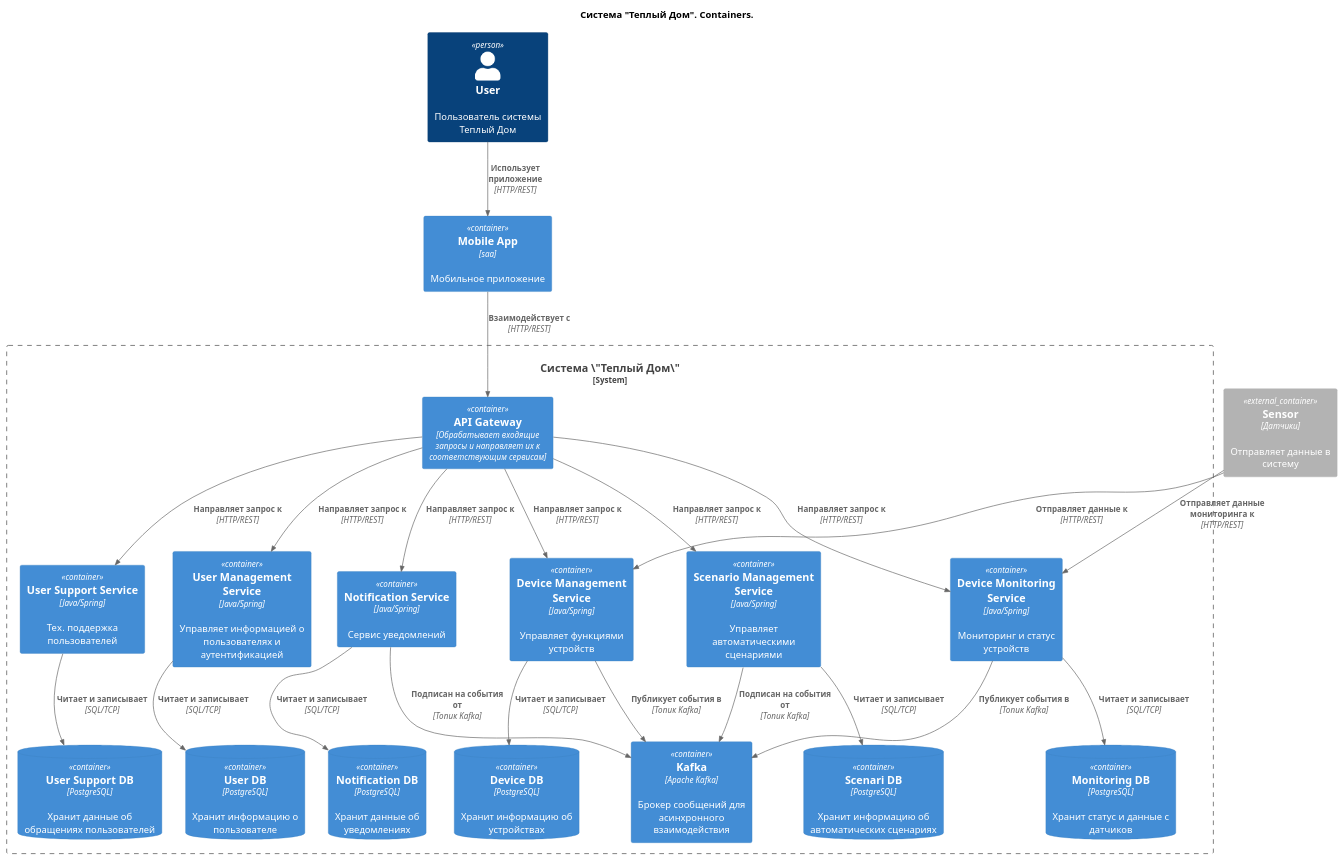
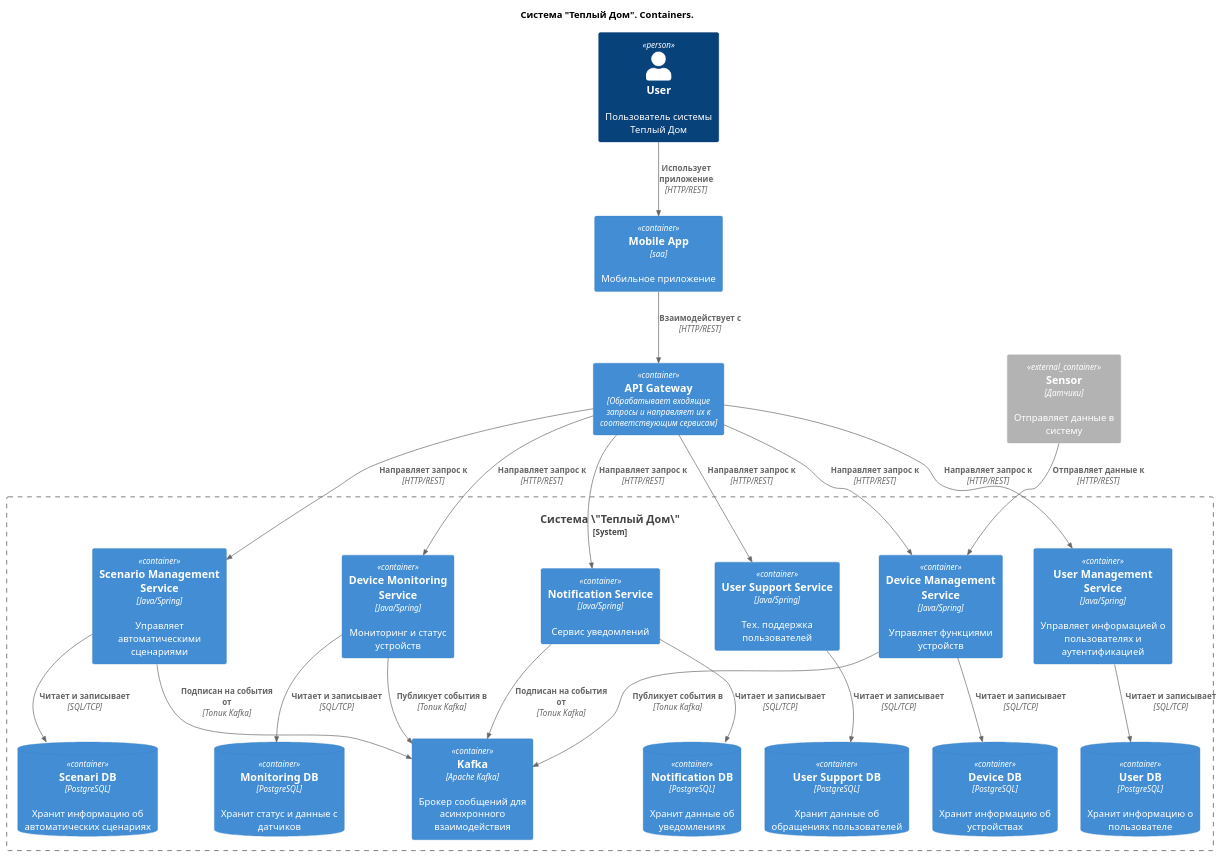
One commit to Ivan-Kozhushko/architecture-sprint-3 changed the diagram in c4-diagrams/to-be/task2.3.1-container.puml. Above: the diagram before and after it, drawn with PlantUML. The commit also changed 1 other file, not shown here.

Commit message:
schemas corrections

```diff
--- a/c4-diagrams/to-be/task2.3.1-container.puml
+++ b/c4-diagrams/to-be/task2.3.1-container.puml
@@ -1,54 +1,53 @@
 @startuml
 !include https://raw.githubusercontent.com/plantuml-stdlib/C4-PlantUML/master/C4_Container.puml
 
 title Система "Теплый Дом". Containers.
 
 Person(user, "User", "Пользователь системы Теплый Дом")
 
 Container(mobileApp, "Mobile App", "saa", "Мобильное приложение")
+Container(apiGateway, "API Gateway", "Обрабатывает входящие запросы и направляет их к соответствующим сервисам")
 
 System_Boundary(SmartHomeSystem, 'Система \"Теплый Дом\"') {
-    Container(apiGateway, "API Gateway", "Обрабатывает входящие запросы и направляет их к соответствующим сервисам")
     Container(deviceManagementService, "Device Management Service", "Java/Spring", "Управляет функциями устройств")
     Container(scenarioManagmentService, "Scenario Management Service", "Java/Spring", "Управляет автоматическими сценариями")
     Container(userManagmentService, "User Management Service", "Java/Spring","Управляет информацией о пользователях и аутентификацией")
     Container(deviceMonitoringService, "Device Monitoring Service", "Java/Spring", "Мониторинг и статус устройств")
     Container(notificationService, "Notification Service", "Java/Spring", "Сервис уведомлений")
     Container(userSupportService, "User Support Service", "Java/Spring", "Тех. поддержка пользователей")
 
     ContainerDb(deviceDb, "Device DB", "PostgreSQL", "Хранит информацию об устройствах")
     ContainerDb(scenarioDb, "Scenari DB", "PostgreSQL", "Хранит информацию об автоматических сценариях")
     ContainerDb(userDb, "User DB", "PostgreSQL", "Хранит информацию о пользователе")
     ContainerDb(monitoringDb, "Monitoring DB", "PostgreSQL", "Хранит статус и данные с датчиков")
     ContainerDb(notificationDb, "Notification DB", "PostgreSQL", "Хранит данные об уведомлениях")
     ContainerDb(userSupportDb, "User Support DB", "PostgreSQL", "Хранит данные об обращениях пользователей")
 
     Container(kafka, "Kafka", "Apache Kafka", "Брокер сообщений для асинхронного взаимодействия")
 }
 
 Rel(user, mobileApp, "Использует приложение", "HTTP/REST")
 Rel(mobileApp, apiGateway, "Взаимодействует с", "HTTP/REST")
 Rel(apiGateway, deviceManagementService, "Направляет запрос к", "HTTP/REST")
 Rel(apiGateway, scenarioManagmentService, "Направляет запрос к", "HTTP/REST")
 Rel(apiGateway, userManagmentService, "Направляет запрос к", "HTTP/REST")
 Rel(apiGateway, deviceMonitoringService, "Направляет запрос к", "HTTP/REST")
 Rel(apiGateway, notificationService, "Направляет запрос к", "HTTP/REST")
 Rel(apiGateway, userSupportService, "Направляет запрос к", "HTTP/REST")
 
 Rel(deviceManagementService, deviceDb, "Читает и записывает", "SQL/TCP")
 Rel(scenarioManagmentService, scenarioDb, "Читает и записывает", "SQL/TCP")
 Rel(userManagmentService, userDb, "Читает и записывает", "SQL/TCP")
 Rel(deviceMonitoringService, monitoringDb, "Читает и записывает", "SQL/TCP")
 Rel(notificationService, notificationDb, "Читает и записывает", "SQL/TCP")
 Rel(userSupportService, userSupportDb, "Читает и записывает", "SQL/TCP")
 
 Rel(deviceManagementService, kafka, "Публикует события в", "Топик Kafka")
 Rel(deviceMonitoringService, kafka, "Публикует события в", "Топик Kafka")
 Rel(notificationService, kafka, "Подписан на события от", "Топик Kafka")
 Rel(scenarioManagmentService, kafka, "Подписан на события от", "Топик Kafka")
 
 Container_Ext(sensor, "Sensor", "Датчики", "Отправляет данные в систему")
 Rel(sensor, deviceManagementService, "Отправляет данные к", "HTTP/REST")
-Rel(sensor, deviceMonitoringService, "Отправляет данные мониторинга к", "HTTP/REST")
 
 @enduml
```
